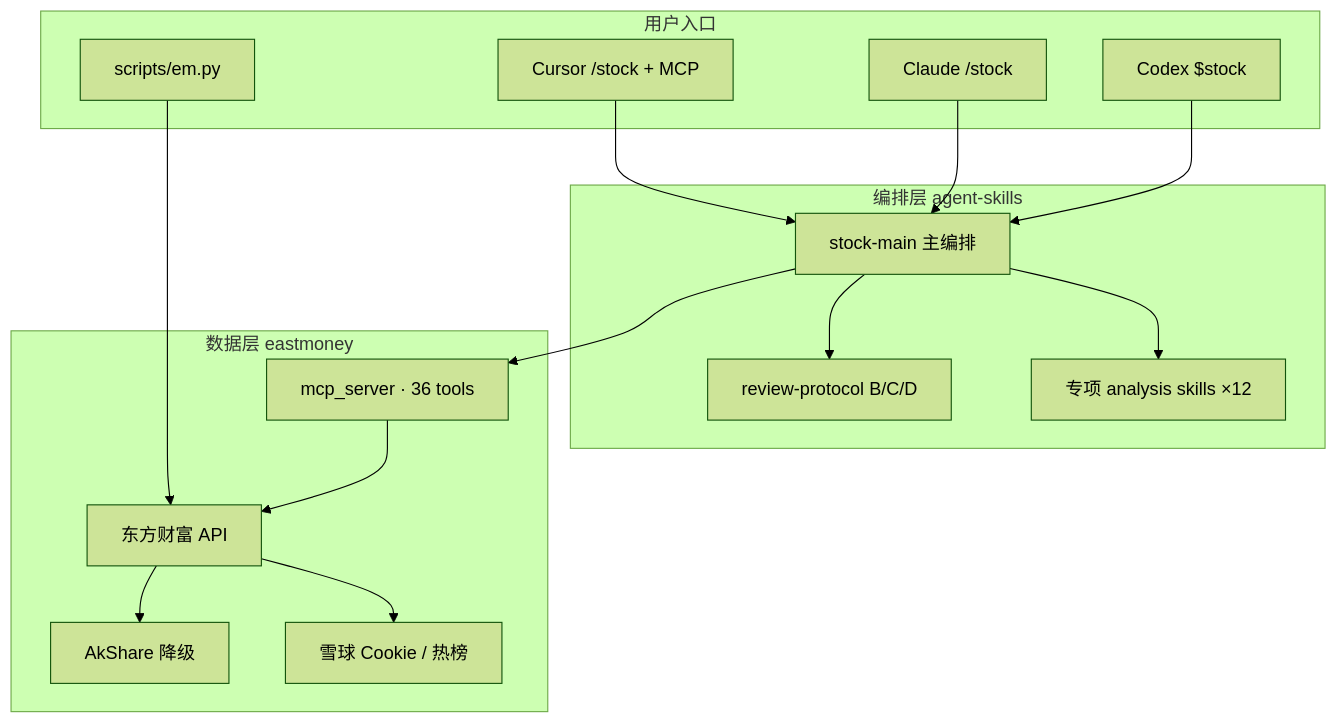
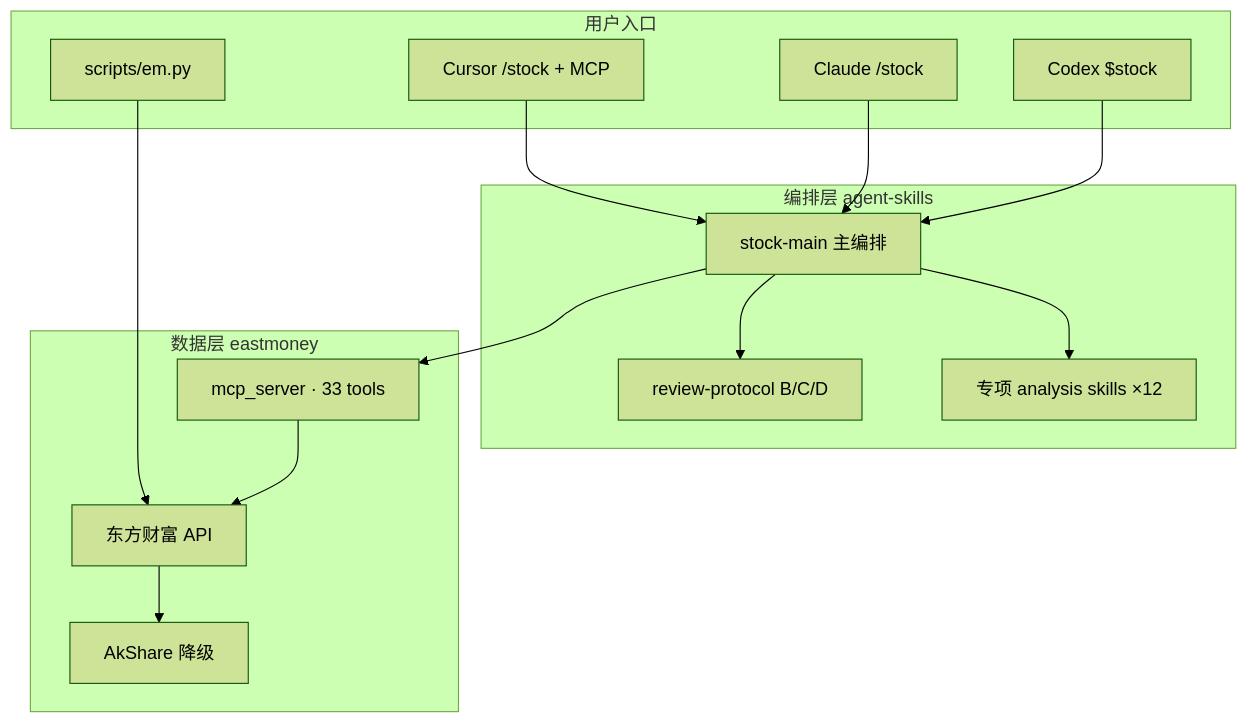
Before and after one commit to tetap/stock-skills: the second of 2 diagrams in README.md, drawn with Mermaid (forest theme). The commit also changed other lines of this file and 53 other files, not shown here.

````diff
--- a/README.md
+++ b/README.md
@@ -201,33 +201,31 @@
 ```mermaid
 flowchart TB
   subgraph entry ["用户入口"]
     C["Cursor /stock + MCP"]
     CL["Claude /stock"]
     CX["Codex $stock"]
     CLI["scripts/em.py"]
   end
 
   subgraph orch ["编排层 agent-skills"]
     MAIN["stock-main 主编排"]
     REV["review-protocol B/C/D"]
     DIM["专项 analysis skills ×12"]
   end
 
   subgraph data ["数据层 eastmoney"]
-    MCP["mcp_server · 36 tools"]
+    MCP["mcp_server · 33 tools"]
     EM["东方财富 API"]
     AK["AkShare 降级"]
-    XQ["雪球 Cookie / 热榜"]
   end
 
   C --> MAIN
   CL --> MAIN
   CX --> MAIN
   CLI --> EM
   MAIN --> REV
   MAIN --> DIM
   MAIN --> MCP
   MCP --> EM
   EM --> AK
-  EM --> XQ
 ```
````
